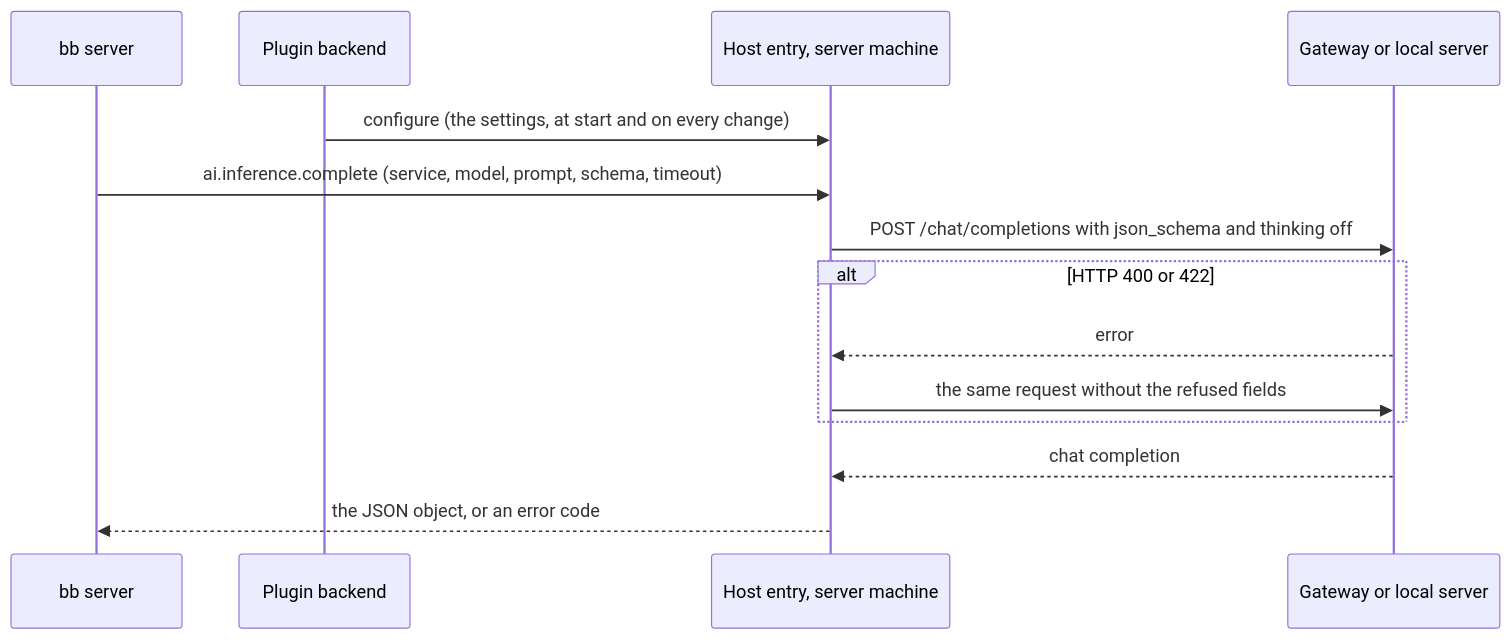
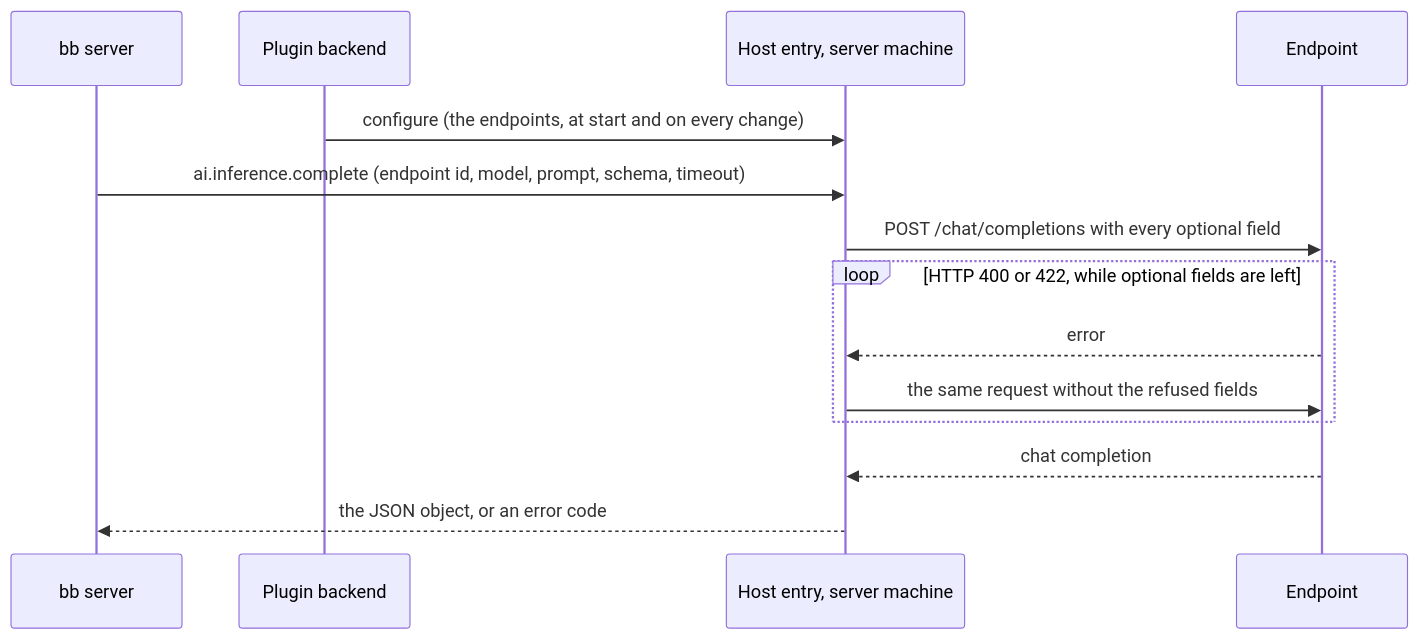
Before and after one commit to gperezmz/bb-plugins: the diagram in docs/explanation/openai-inference-requests.md, drawn with Mermaid. The commit also changed other lines of this file and 5 other files, not shown here.

Commit message:
docs: describe OpenAI-compatible inference's named endpoints

````diff
--- a/docs/explanation/openai-inference-requests.md
+++ b/docs/explanation/openai-inference-requests.md
@@ -5,16 +5,16 @@
 ```mermaid
 sequenceDiagram
   participant core as bb server
   participant backend as Plugin backend
   participant host as Host entry, server machine
-  participant api as Gateway or local server
-  backend->>host: configure (the settings, at start and on every change)
-  core->>host: ai.inference.complete (service, model, prompt, schema, timeout)
-  host->>api: POST /chat/completions with json_schema and thinking off
-  alt HTTP 400 or 422
+  participant api as Endpoint
+  backend->>host: configure (the endpoints, at start and on every change)
+  core->>host: ai.inference.complete (endpoint id, model, prompt, schema, timeout)
+  host->>api: POST /chat/completions with every optional field
+  loop HTTP 400 or 422, while optional fields are left
     api-->>host: error
     host->>api: the same request without the refused fields
   end
   api-->>host: chat completion
   host-->>core: the JSON object, or an error code
 ```
````
